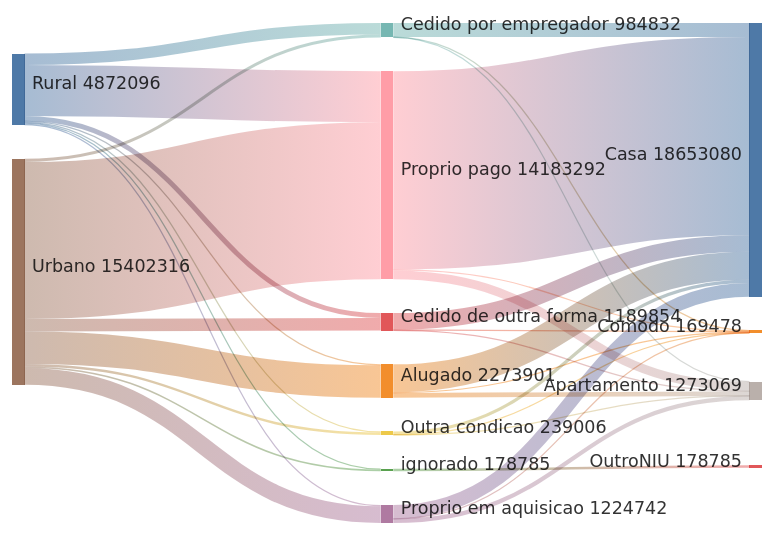
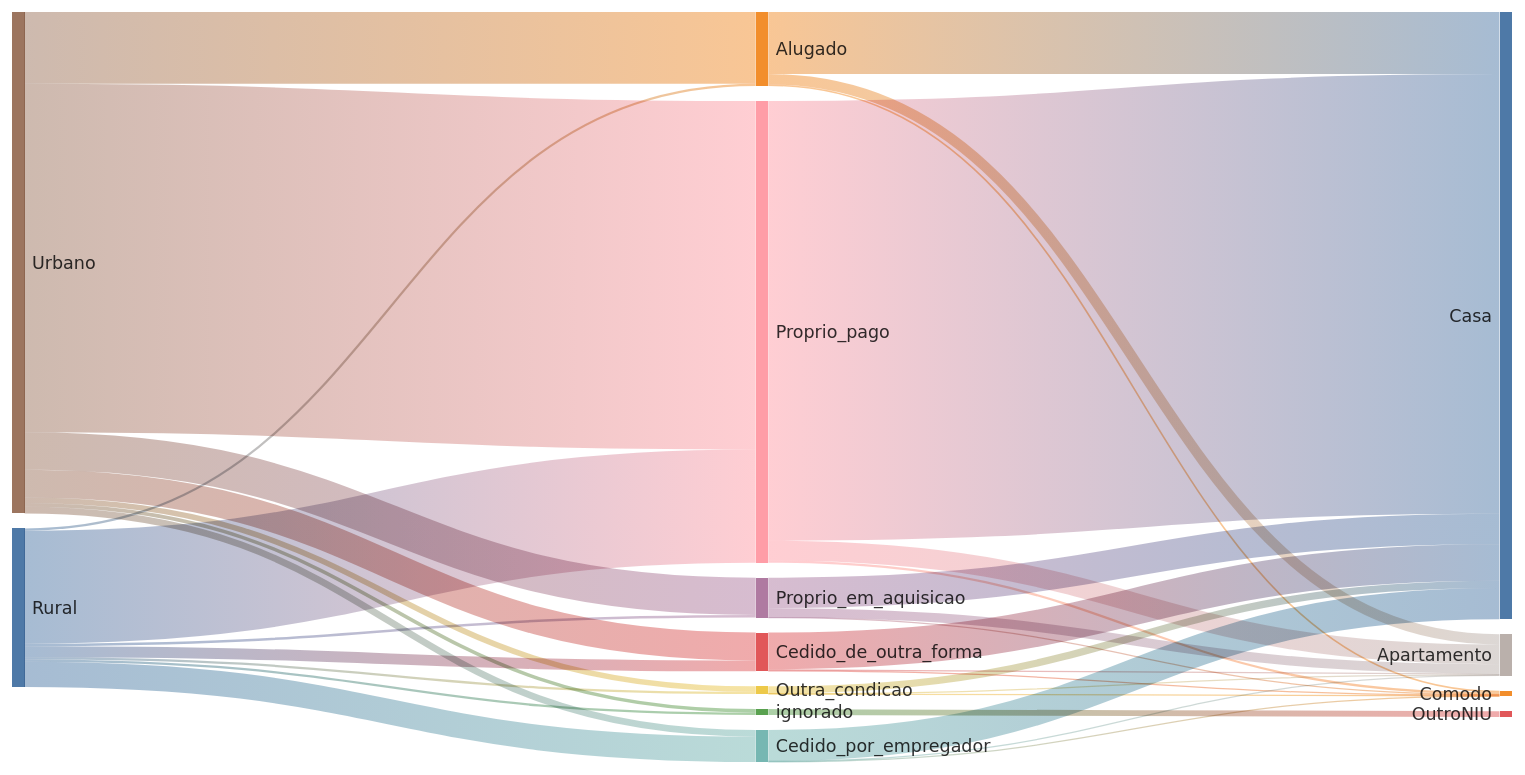
Before and after one commit to rafapolo/xyz: the third of 3 diagrams in index.md, drawn with Mermaid. The commit also changed other lines of this file and 3 other files, not shown here.

First line of the commit message:
fix: Add Mermaid configuration for Sankey diagrams in GitHub Pages

````diff
--- a/index.md
+++ b/index.md
@@ -181,36 +202,43 @@
 ```mermaid
+---
+config:
+ sankey:
+  showValues: false
+  width: 1200
+  height: 600
+---
 sankey-beta
     Rural,Alugado,67876
-    Rural,Cedido de outra forma,334512
-    Rural,Cedido por empregador,776836
+    Rural,Cedido_de_outra_forma,334512
+    Rural,Cedido_por_empregador,776836
     Rural,ignorado,70761
-    Rural,Outra condicao,68061
-    Rural,Proprio em aquisicao,78000
-    Rural,Proprio pago,3476050
+    Rural,Outra_condicao,68061
+    Rural,Proprio_em_aquisicao,78000
+    Rural,Proprio_pago,3476050
     Urbano,Alugado,2206025
-    Urbano,Cedido de outra forma,855342
-    Urbano,Cedido por empregador,207996
+    Urbano,Cedido_de_outra_forma,855342
+    Urbano,Cedido_por_empregador,207996
     Urbano,ignorado,108024
-    Urbano,Outra condicao,170945
-    Urbano,Proprio em aquisicao,1146742
-    Urbano,Proprio pago,10707242
+    Urbano,Outra_condicao,170945
+    Urbano,Proprio_em_aquisicao,1146742
+    Urbano,Proprio_pago,10707242
     Alugado,Apartamento,315423
     Alugado,Casa,1907731
     Alugado,Comodo,50747
-    Cedido de outra forma,Apartamento,35972
-    Cedido de outra forma,Casa,1124609
-    Cedido de outra forma,Comodo,29273
-    Cedido por empregador,Apartamento,21095
-    Cedido por empregador,Casa,956863
-    Cedido por empregador,Comodo,6874
+    Cedido_de_outra_forma,Apartamento,35972
+    Cedido_de_outra_forma,Casa,1124609
+    Cedido_de_outra_forma,Comodo,29273
+    Cedido_por_empregador,Apartamento,21095
+    Cedido_por_empregador,Casa,956863
+    Cedido_por_empregador,Comodo,6874
     ignorado,OutroNIU,178785
-    Outra condicao,Apartamento,8251
-    Outra condicao,Casa,222231
-    Outra condicao,Comodo,8524
-    Proprio em aquisicao,Apartamento,287630
-    Proprio em aquisicao,Casa,933642
-    Proprio em aquisicao,Comodo,3470
-    Proprio pago,Apartamento,604698
-    Proprio pago,Casa,13508004
-    Proprio pago,Comodo,70590
+    Outra_condicao,Apartamento,8251
+    Outra_condicao,Casa,222231
+    Outra_condicao,Comodo,8524
+    Proprio_em_aquisicao,Apartamento,287630
+    Proprio_em_aquisicao,Casa,933642
+    Proprio_em_aquisicao,Comodo,3470
+    Proprio_pago,Apartamento,604698
+    Proprio_pago,Casa,13508004
+    Proprio_pago,Comodo,70590
 ```
````
